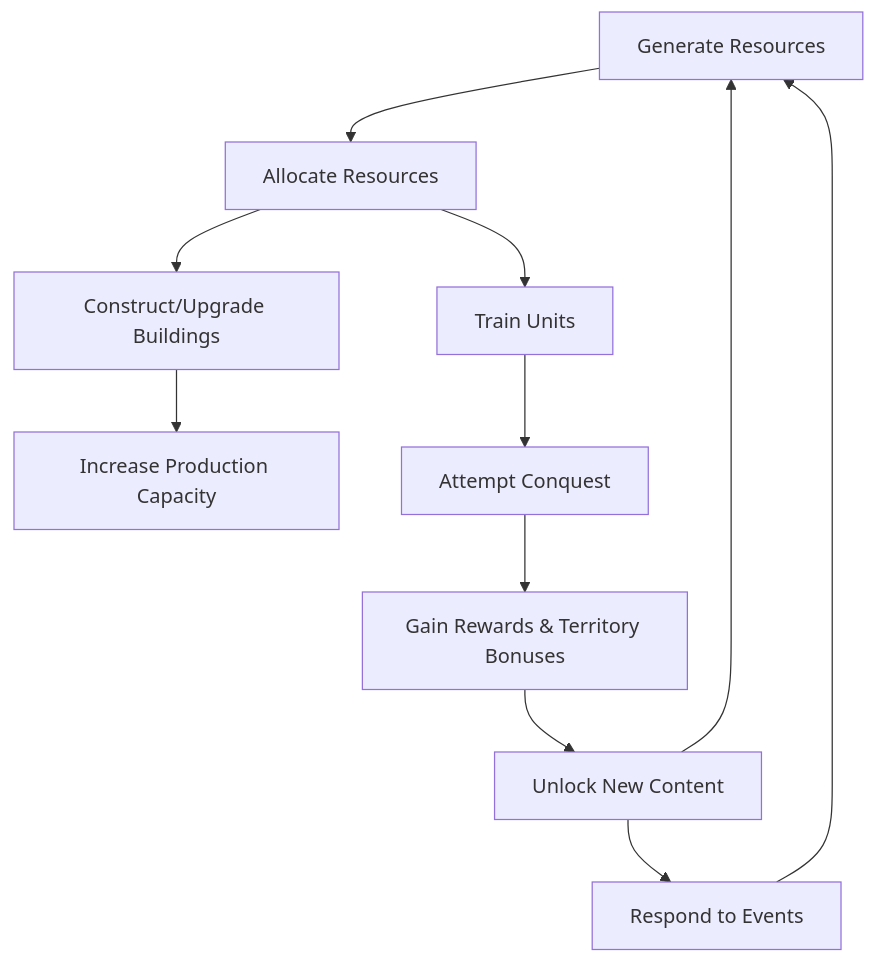
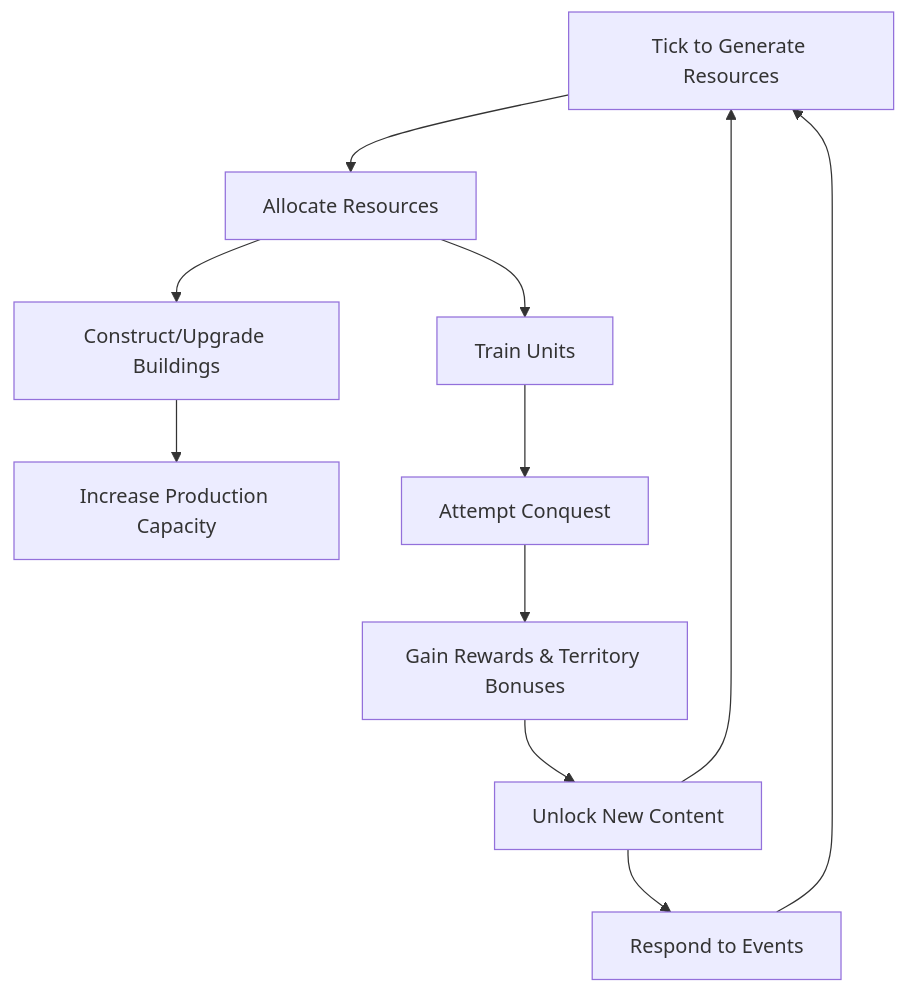
The diagram in docs/game-mechanics.md (ttpro1995/lord-of-the-text), drawn with Mermaid before and after one commit. The commit also changed other lines of this file and 5 other files, not shown here.

````diff
--- a/docs/game-mechanics.md
+++ b/docs/game-mechanics.md
@@ -60,13 +61,13 @@
 ```mermaid
 flowchart TD
-    A[Generate Resources] --> B[Allocate Resources]
+    A[Tick to Generate Resources] --> B[Allocate Resources]
     B --> C[Construct/Upgrade Buildings]
     B --> D[Train Units]
     C --> E[Increase Production Capacity]
     D --> F[Attempt Conquest]
     F --> G[Gain Rewards & Territory Bonuses]
     G --> H[Unlock New Content]
     H --> A
     H --> I[Respond to Events]
     I --> A
 ```
````
